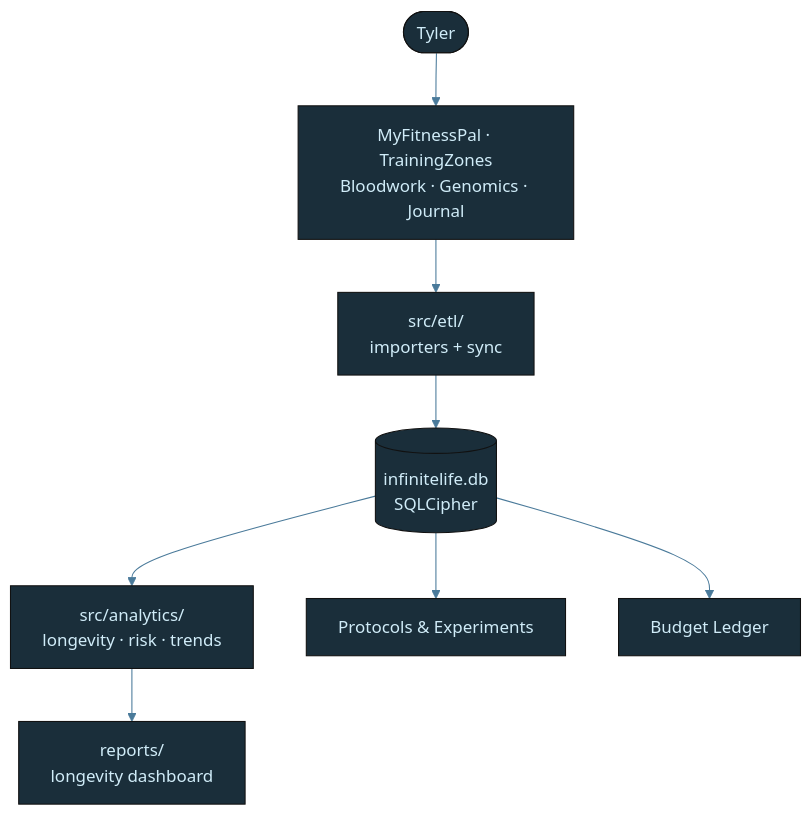
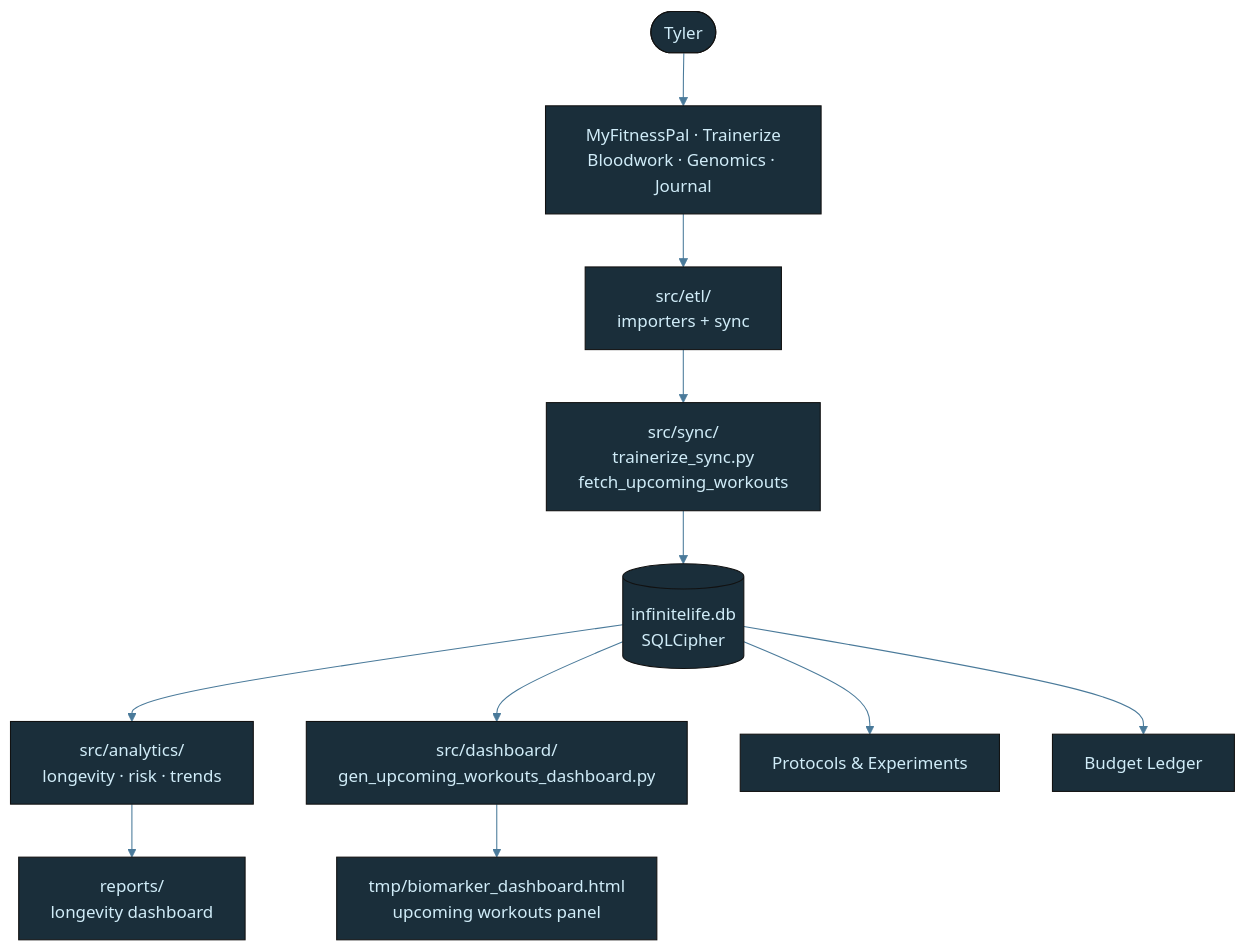
One commit to tylerdrakemusic/-Workspace changed the diagram in diagrams/life-architecture.mmd. Above: the diagram before and after it, drawn with Mermaid. The commit also changed 18 other files, not shown here.

```diff
--- a/diagrams/life-architecture.mmd
+++ b/diagrams/life-architecture.mmd
@@ -1,21 +1,24 @@
 %%{init: {'theme': 'base', 'themeVariables': {'primaryColor': '#1a2e3a', 'primaryTextColor': '#d0ecf8', 'edgeLabelBackground': '#0f1318', 'lineColor': '#4a7a9a'}}}%%
 graph TB
-    Tyler([Tyler]) --> Inputs[MyFitnessPal · TrainingZones<br/>Bloodwork · Genomics · Journal]
+    Tyler([Tyler]) --> Inputs[MyFitnessPal · Trainerize<br/>Bloodwork · Genomics · Journal]
     Inputs --> ETL[src/etl/<br/>importers + sync]
-    ETL --> DB[(infinitelife.db<br/>SQLCipher)]
+    ETL --> Sync[src/sync/<br/>trainerize_sync.py<br/>fetch_upcoming_workouts]
+    Sync --> DB[(infinitelife.db<br/>SQLCipher)]
     DB --> Analytics[src/analytics/<br/>longevity · risk · trends]
     Analytics --> Reports[reports/<br/>longevity dashboard]
+    DB --> Dashboard[src/dashboard/<br/>gen_upcoming_workouts_dashboard.py]
+    Dashboard --> Output[tmp/biomarker_dashboard.html<br/>upcoming workouts panel]
     DB --> Protocols[Protocols & Experiments]
     DB --> Budget[Budget Ledger]
     class Inputs,Reports io
     class ETL,DB,Analytics,Protocols,Budget core
 
 classDef life     fill:#1a2e3a,stroke:#6ab4d4,color:#d0ecf8
 classDef music    fill:#3a1a24,stroke:#d47a8f,color:#f8d0dc
 classDef quantum  fill:#251a3a,stroke:#a07adf,color:#e8d0f8
 classDef manifest fill:#3a2e1a,stroke:#d4a96a,color:#f8ead0
 classDef ws       fill:#1a3a30,stroke:#6ad4b4,color:#d0f8ee
 classDef tyler    fill:#2a1a3a,stroke:#9e4aff,color:#fff
 classDef ext      fill:#3a2020,stroke:#ff7a7a,color:#ffd0d0
 classDef db       fill:#3a3010,stroke:#d4c050,color:#f8f0c0
 classDef state    fill:#1a1a1a,stroke:#888888,color:#cccccc
```
